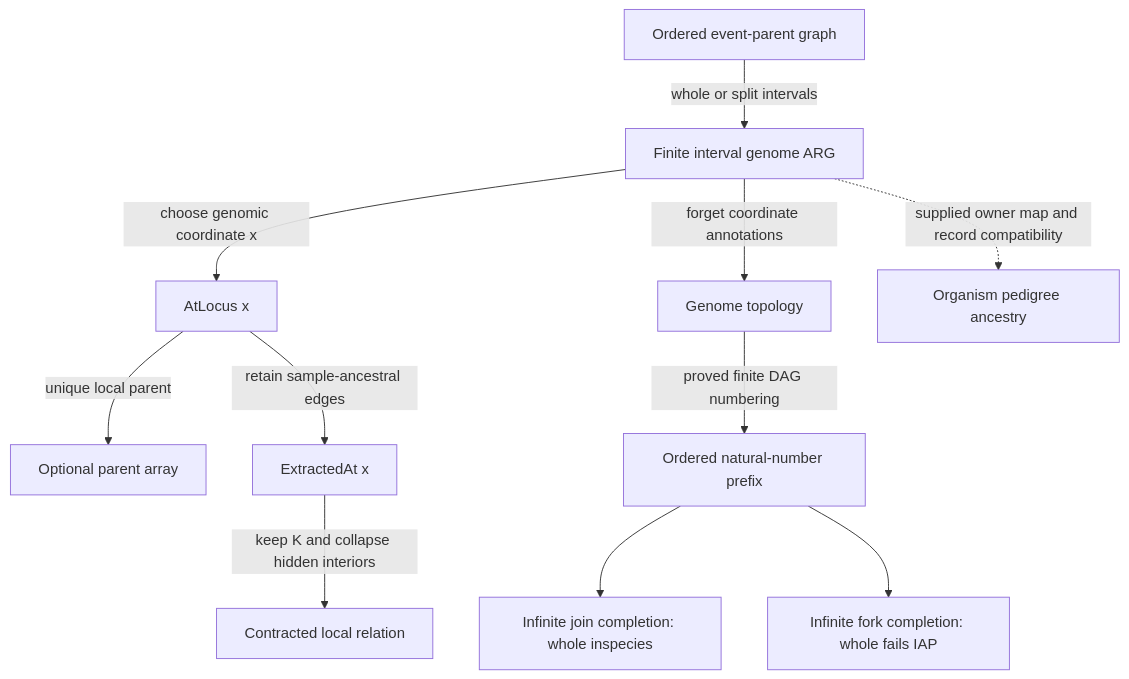
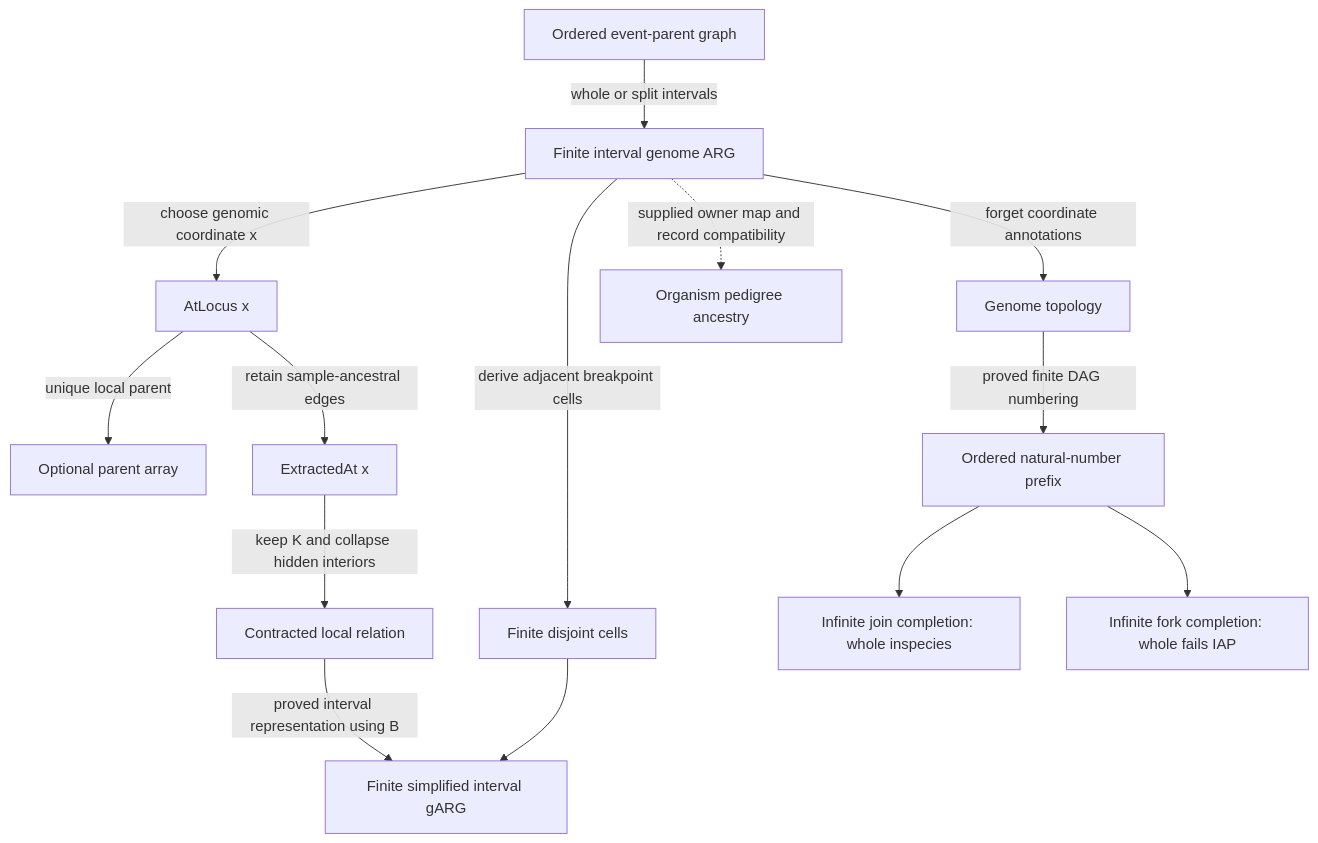
Before and after one commit to Sodelin/Work-on-Samuel-Alexander-Research-: the diagram in WONG-ALEXANDER-OUTLINE.md, drawn with Mermaid. The commit also changed other lines of this file and 53 other files, not shown here.

````diff
--- a/WONG-ALEXANDER-OUTLINE.md
+++ b/WONG-ALEXANDER-OUTLINE.md
@@ -7,13 +7,16 @@
 ```mermaid
 flowchart TD
   E[Ordered event-parent graph] -->|whole or split intervals| G[Finite interval genome ARG]
   G -->|choose genomic coordinate x| L[AtLocus x]
   L -->|unique local parent| P[Optional parent array]
   L -->|retain sample-ancestral edges| S[ExtractedAt x]
   S -->|keep K and collapse hidden interiors| C[Contracted local relation]
+  G -->|derive adjacent breakpoint cells| B[Finite disjoint cells]
+  C -->|proved interval representation using B| H[Finite simplified interval gARG]
+  B --> H
   G -->|forget coordinate annotations| T[Genome topology]
   T -->|proved finite DAG numbering| N[Ordered natural-number prefix]
   N --> J[Infinite join completion: whole inspecies]
   N --> F[Infinite fork completion: whole fails IAP]
   G -. supplied owner map and record compatibility .-> O[Organism pedigree ancestry]
 ```
````
